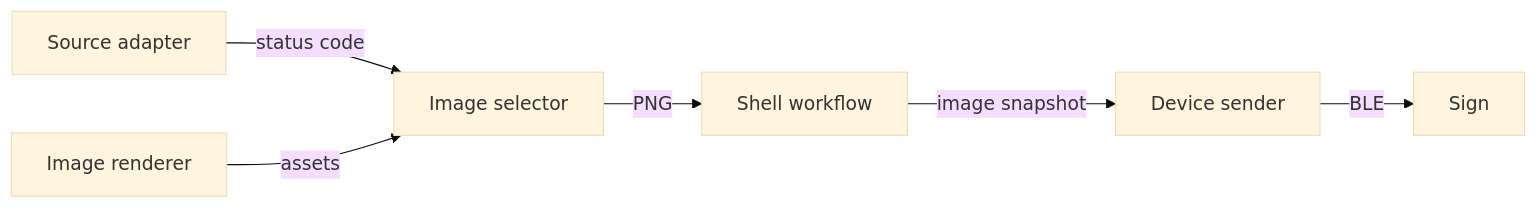
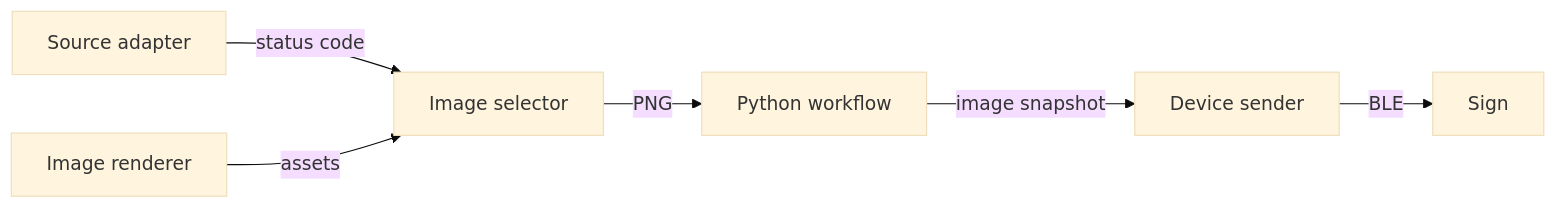
The diagram in docs/architecture.md (greg-mitchell/pwn-my-sign), drawn with Mermaid (base theme) before and after one commit. The commit also changed other lines of this file and 33 other files, not shown here.

````diff
--- a/docs/architecture.md
+++ b/docs/architecture.md
@@ -12,8 +12,8 @@
 ```mermaid
 flowchart LR
     source[Source adapter] -->|status code| selector[Image selector]
     renderer[Image renderer] -->|assets| selector
-    selector -->|PNG| workflow[Shell workflow]
+    selector -->|PNG| workflow[Python workflow]
     workflow -->|image snapshot| sender[Device sender]
     sender -->|BLE| sign[Sign]
 ```
````
